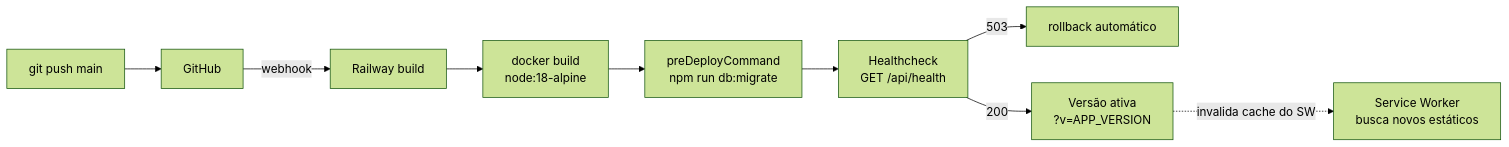
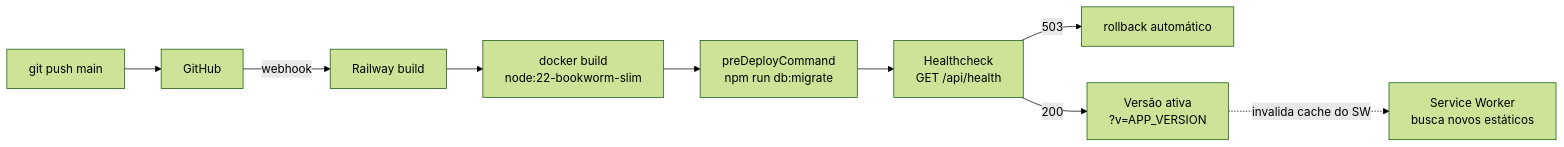
The fourth of 4 diagrams in README.md (honorist/Rhino), drawn with Mermaid (forest theme) before and after one commit. The commit also changed other lines of this file and 10 other files, not shown here.

````diff
--- a/README.md
+++ b/README.md
@@ -240,11 +240,11 @@
 ```mermaid
 flowchart LR
     dev[git push main] --> gh[GitHub]
     gh -->|webhook| rw[Railway build]
-    rw --> docker[docker build<br/>node:18-alpine]
+    rw --> docker[docker build<br/>node:22-bookworm-slim]
     docker --> pre[preDeployCommand<br/>npm run db:migrate]
     pre --> deploy[Healthcheck<br/>GET /api/health]
     deploy -->|503| rollback[rollback automático]
     deploy -->|200| live[Versão ativa<br/>?v=APP_VERSION]
     live -. invalida cache do SW .-> sw[Service Worker<br/>busca novos estáticos]
 ```
````
